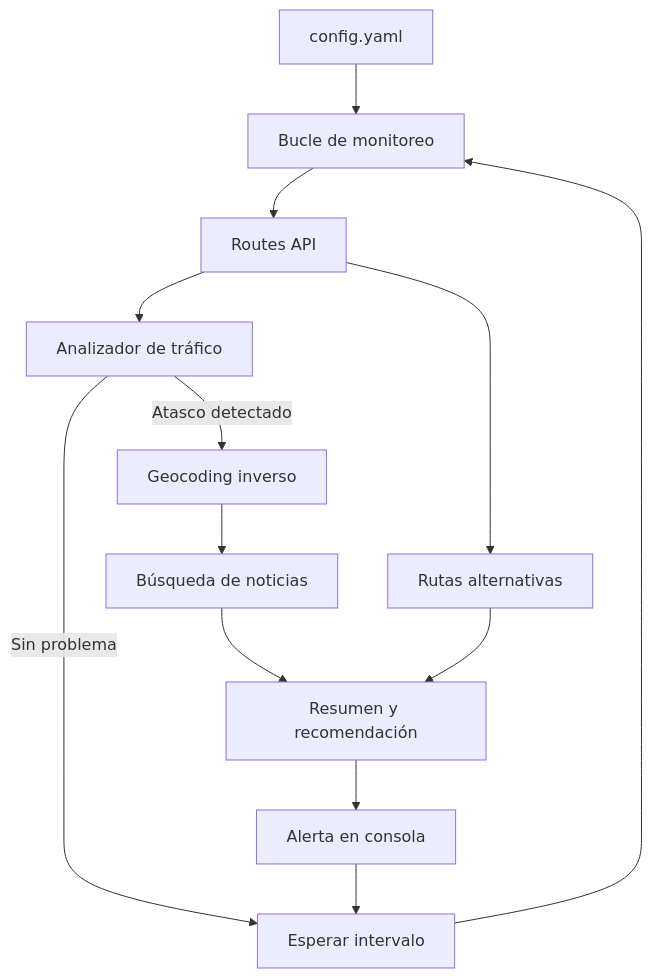
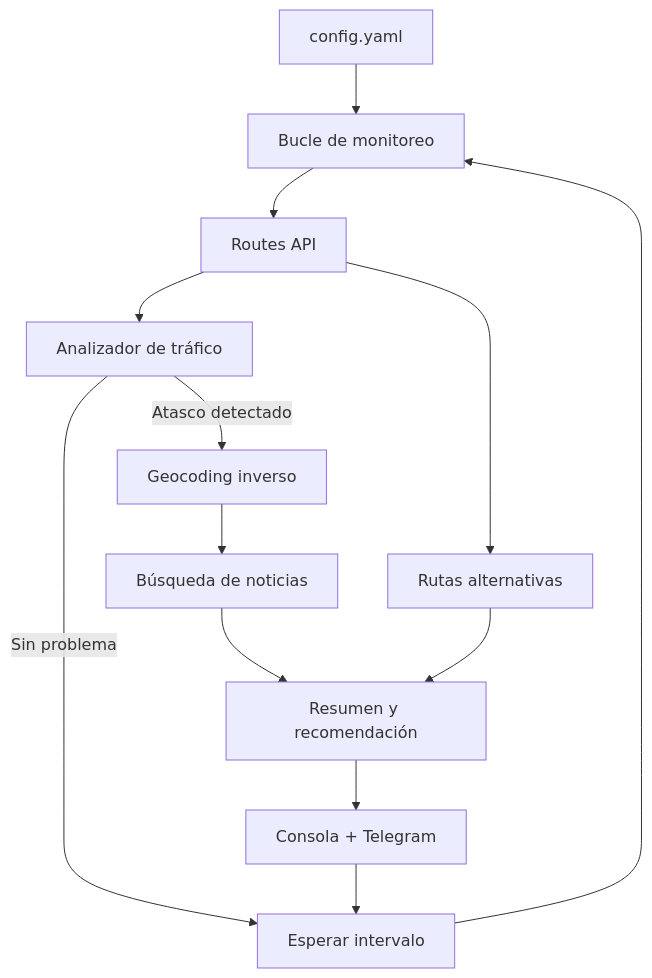
The diagram in README.md (StreckerMX/route-accident-bot), drawn with Mermaid before and after one commit. The commit also changed other lines of this file and 5 other files, not shown here.

````diff
--- a/README.md
+++ b/README.md
@@ -182,15 +238,15 @@
 ```mermaid
 flowchart TD
     config[config.yaml] --> monitor[Bucle de monitoreo]
     monitor --> routesAPI[Routes API]
     routesAPI --> analyzer[Analizador de tráfico]
     analyzer -->|Sin problema| wait[Esperar intervalo]
     analyzer -->|Atasco detectado| geocode[Geocoding inverso]
     geocode --> news[Búsqueda de noticias]
     news --> summary[Resumen y recomendación]
     routesAPI --> alt[Rutas alternativas]
     alt --> summary
-    summary --> alert[Alerta en consola]
+    summary --> alert[Consola + Telegram]
     alert --> wait
     wait --> monitor
 ```
````
